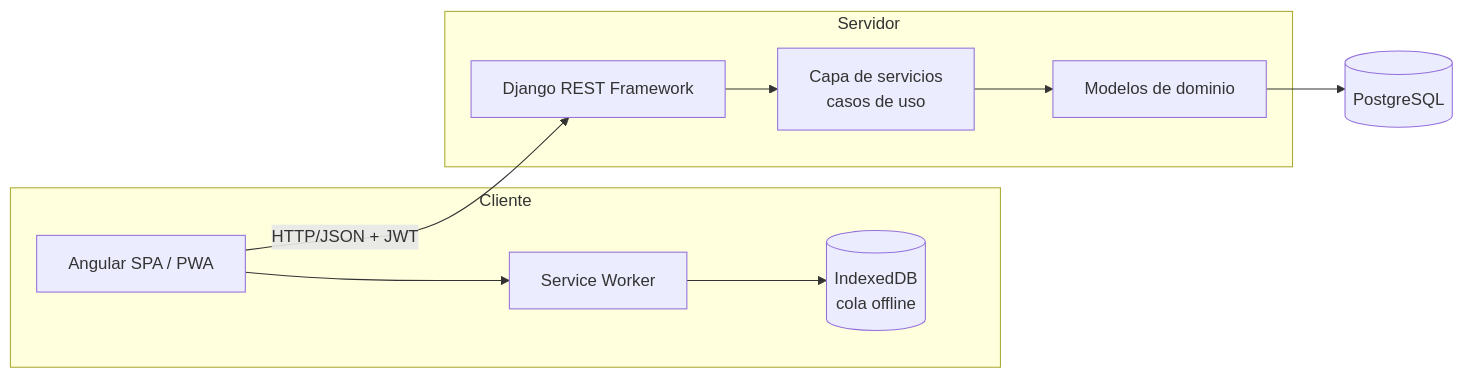
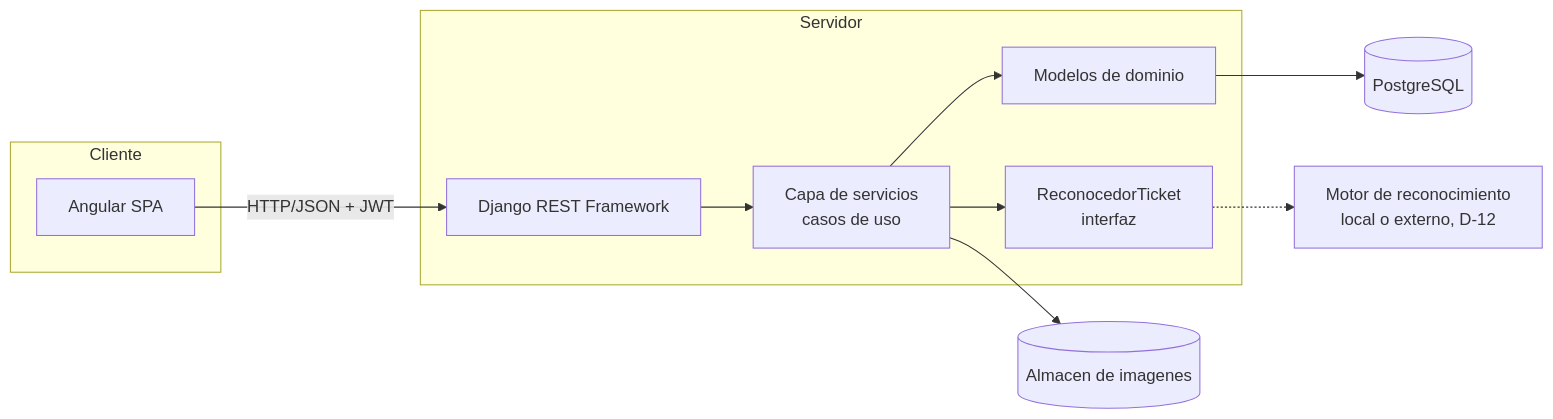
Before and after one commit to adlerOmonte1/LogisticaMinera: the diagram in docs/model-c4/ARQ-02_Arquitectura_Tecnica.md, drawn with Mermaid. The commit also changed other lines of this file and 1 other file, not shown here.

````diff
--- a/docs/model-c4/ARQ-02_Arquitectura_Tecnica.md
+++ b/docs/model-c4/ARQ-02_Arquitectura_Tecnica.md
@@ -24,21 +31,23 @@
 ```mermaid
 flowchart LR
     subgraph Cliente
-        NG[Angular SPA / PWA]
-        SW[Service Worker]
-        IDB[(IndexedDB<br/>cola offline)]
+        NG[Angular SPA]
     end
     subgraph Servidor
         API[Django REST Framework]
         SRV[Capa de servicios<br/>casos de uso]
         DOM[Modelos de dominio]
+        REC[ReconocedorTicket<br/>interfaz]
     end
+    MOT[Motor de reconocimiento<br/>local o externo, D-12]
     DB[(PostgreSQL)]
+    IMG[(Almacen de imagenes)]
 
-    NG --> SW
-    SW --> IDB
     NG -->|HTTP/JSON + JWT| API
     API --> SRV
     SRV --> DOM
+    SRV --> REC
+    REC -.-> MOT
     DOM --> DB
+    SRV --> IMG
 ```
````
